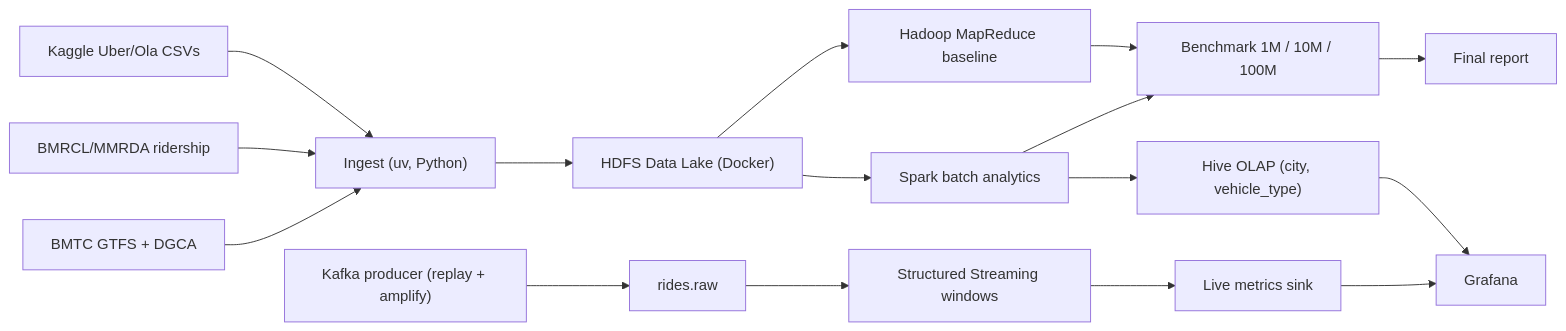
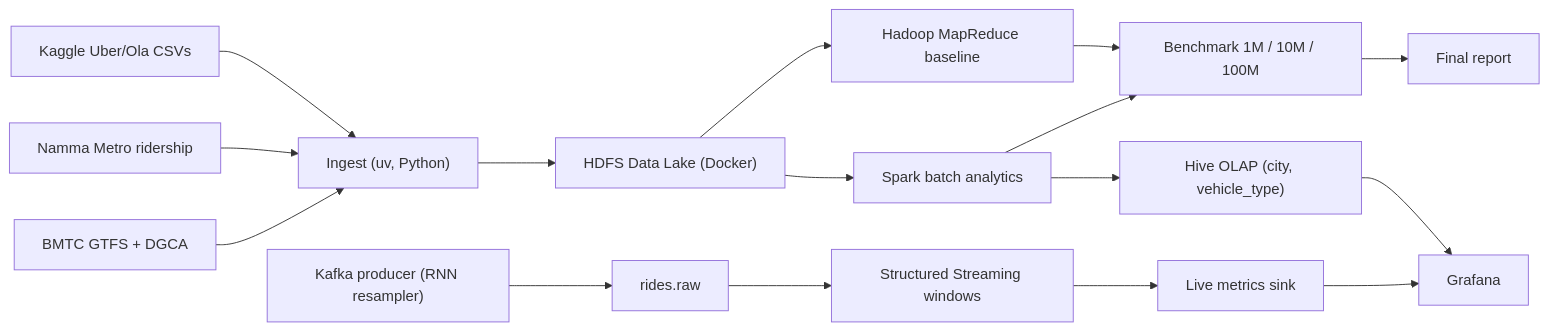
Before and after one commit to DarkPhoenix645/flowstate: the diagram in docs/architecture.md, drawn with Mermaid. The commit also changed 34 other files, not shown here.

````diff
--- a/docs/architecture.md
+++ b/docs/architecture.md
@@ -5,18 +5,18 @@
 ```mermaid
 flowchart LR
   src1["Kaggle Uber/Ola CSVs"] --> ing["Ingest (uv, Python)"]
-  src2["BMRCL/MMRDA ridership"] --> ing
+  src2["Namma Metro ridership"] --> ing
   src3["BMTC GTFS + DGCA"] --> ing
   ing --> hdfs["HDFS Data Lake (Docker)"]
   hdfs --> mr["Hadoop MapReduce baseline"]
   hdfs --> spark["Spark batch analytics"]
   mr --> bench["Benchmark 1M / 10M / 100M"]
   spark --> bench
   spark --> hive["Hive OLAP (city, vehicle_type)"]
   hive --> dash["Grafana"]
-  replay["Kafka producer (replay + amplify)"] --> kafka["rides.raw"]
+  replay["Kafka producer (RNN resampler)"] --> kafka["rides.raw"]
   kafka --> sss["Structured Streaming windows"]
   sss --> sink["Live metrics sink"]
   sink --> dash
   bench --> report["Final report"]
 ```
````
